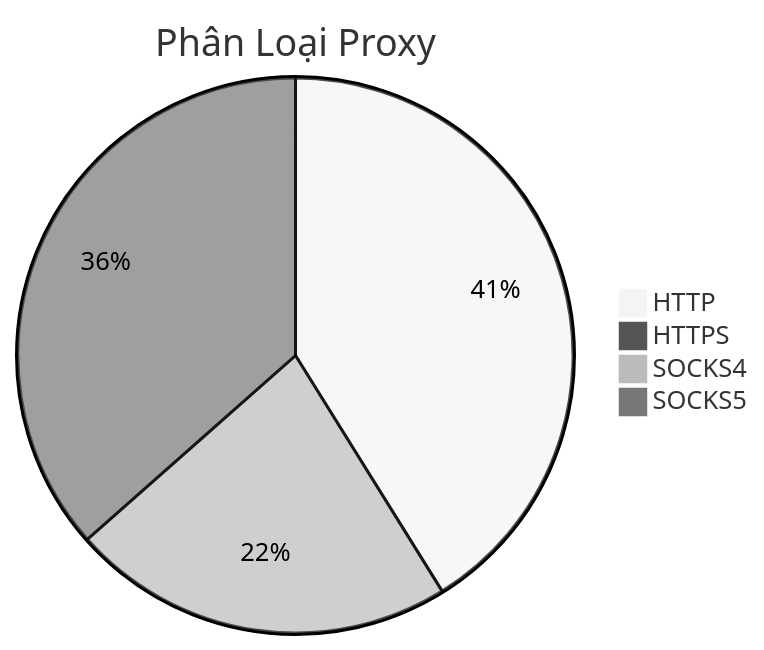
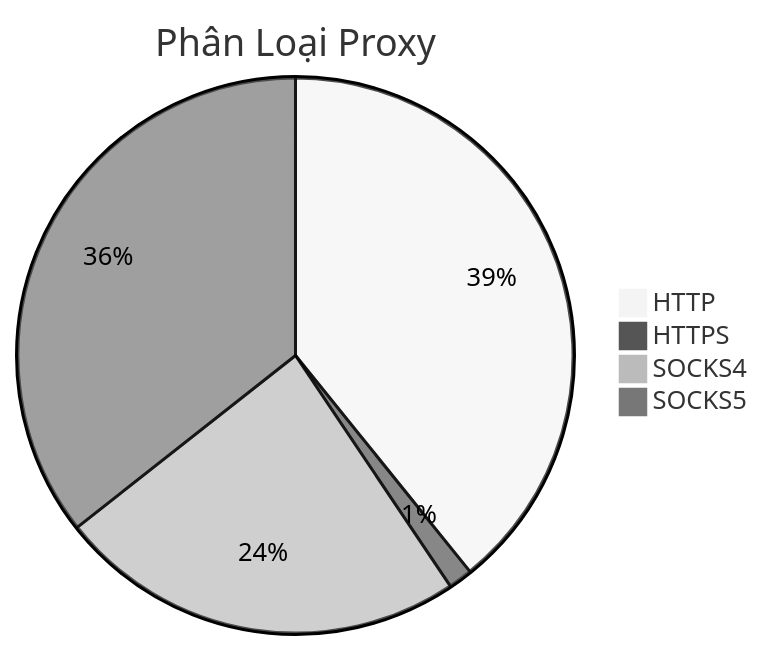
Before and after one commit to Ciara-Aa/PROXY-free: the diagram in README.md, drawn with Mermaid (neutral theme). The commit also changed other lines of this file and 4 other files, not shown here.

````diff
--- a/README.md
+++ b/README.md
@@ -26,7 +26,7 @@
 ```mermaid
 pie title Phân Loại Proxy
-    "HTTP" : 267
-    "HTTPS" : 2
-    "SOCKS4" : 145
-    "SOCKS5" : 237
+    "HTTP" : 252
+    "HTTPS" : 9
+    "SOCKS4" : 153
+    "SOCKS5" : 229
 ```
````
